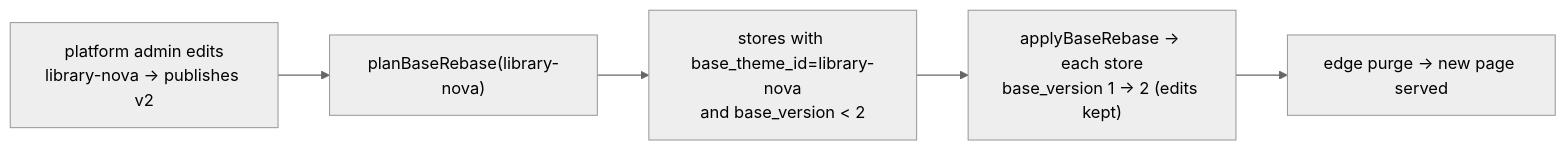
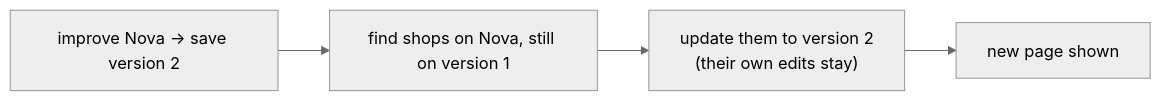
One commit to primathontech/ratio-3.0 changed the seventh of 8 diagrams in packages/builder-core/src/theme/ARCHITECTURE.md. Above: the diagram before and after it, drawn with Mermaid (neutral theme). The commit also changed other lines of this file and 1 other file, not shown here.

First line of the commit message:
docs(theme): rewrite theme docs in simple English + more diagrams (#324)

````diff
--- a/packages/builder-core/src/theme/ARCHITECTURE.md
+++ b/packages/builder-core/src/theme/ARCHITECTURE.md
@@ -159,7 +129,6 @@
 ```mermaid
 flowchart LR
-  editbase["platform admin edits<br/>library-nova → publishes v2"] --> plan["planBaseRebase(library-nova)"]
-  plan --> targets["stores with base_theme_id=library-nova<br/>and base_version < 2"]
-  targets --> apply["applyBaseRebase → each store<br/>base_version 1 → 2 (edits kept)"]
-  apply --> purge["edge purge → new page served"]
+  edit["improve Nova → save version 2"] --> find["find shops on Nova, still on version 1"]
+  find --> push["update them to version 2<br/>(their own edits stay)"]
+  push --> fresh["new page shown"]
 ```
````
